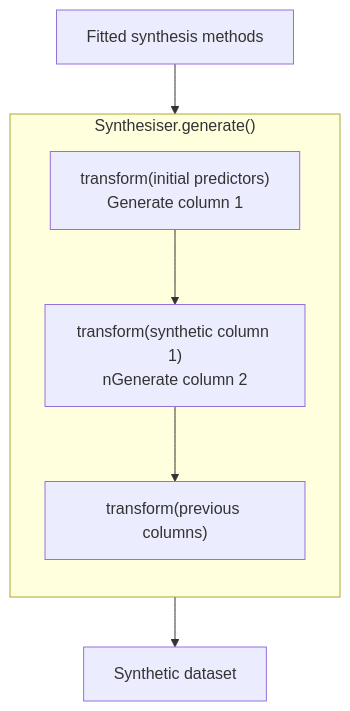
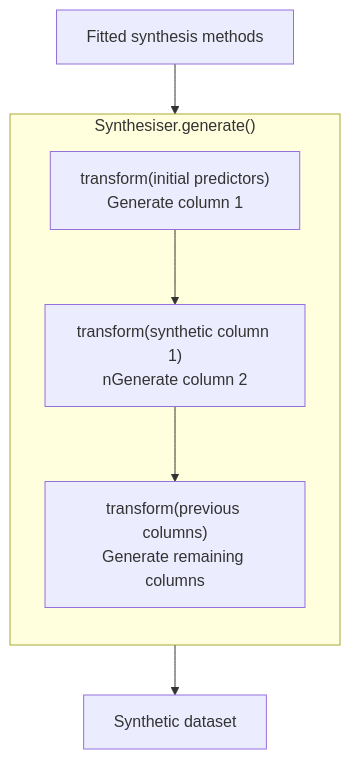
The second of 2 diagrams in docs/source/user_guides/8_custom_synthesis_methods.md (duonl/synthpop-py), drawn with Mermaid before and after one commit.

````diff
--- a/docs/source/user_guides/8_custom_synthesis_methods.md
+++ b/docs/source/user_guides/8_custom_synthesis_methods.md
@@ -42,18 +42,18 @@
 ```{mermaid}
 flowchart TD
 
     A[Fitted synthesis methods]
 
     subgraph GEN["Synthesiser.generate()"]
         direction TD
         B["transform(initial predictors)<br>Generate column 1"]
         C["transform(synthetic column 1)<br>nGenerate column 2"]
-        D["transform(previous columns)<brnGenerate remaining columns"]
+        D["transform(previous columns)<br>Generate remaining columns"]
 
         B --> C --> D
     end
 
     H[Synthetic dataset]
 
     A --> GEN --> H
 ```
````
